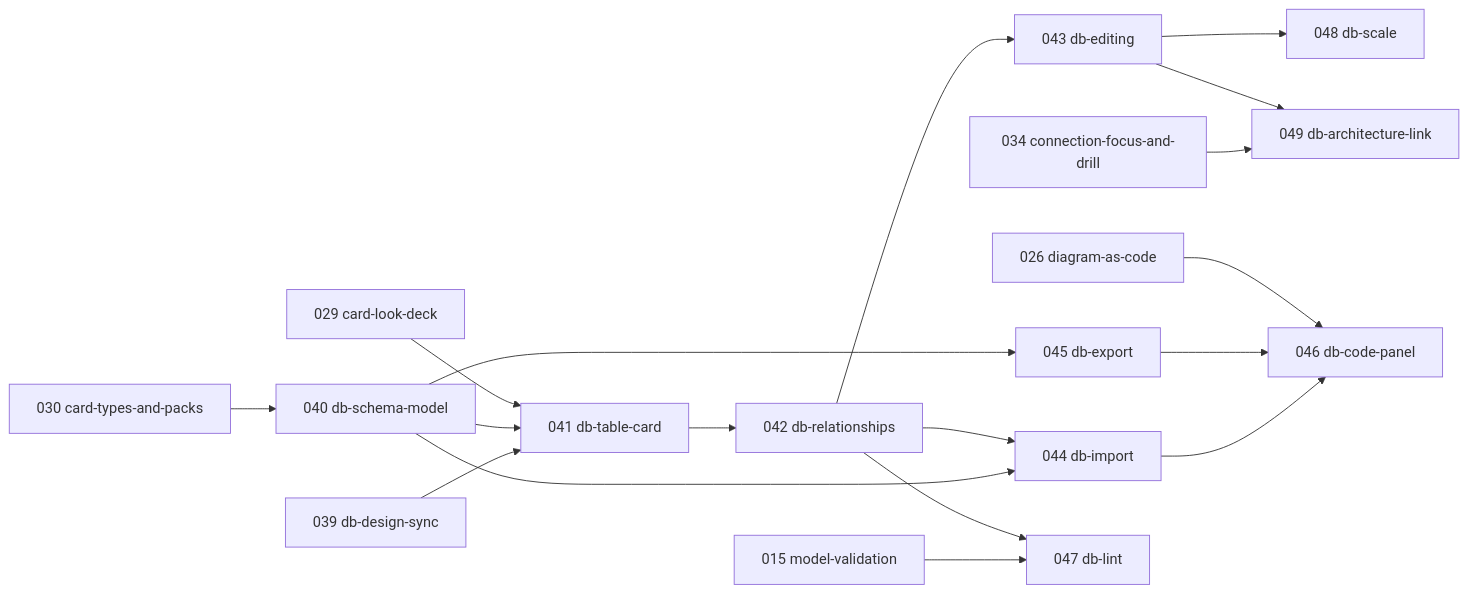
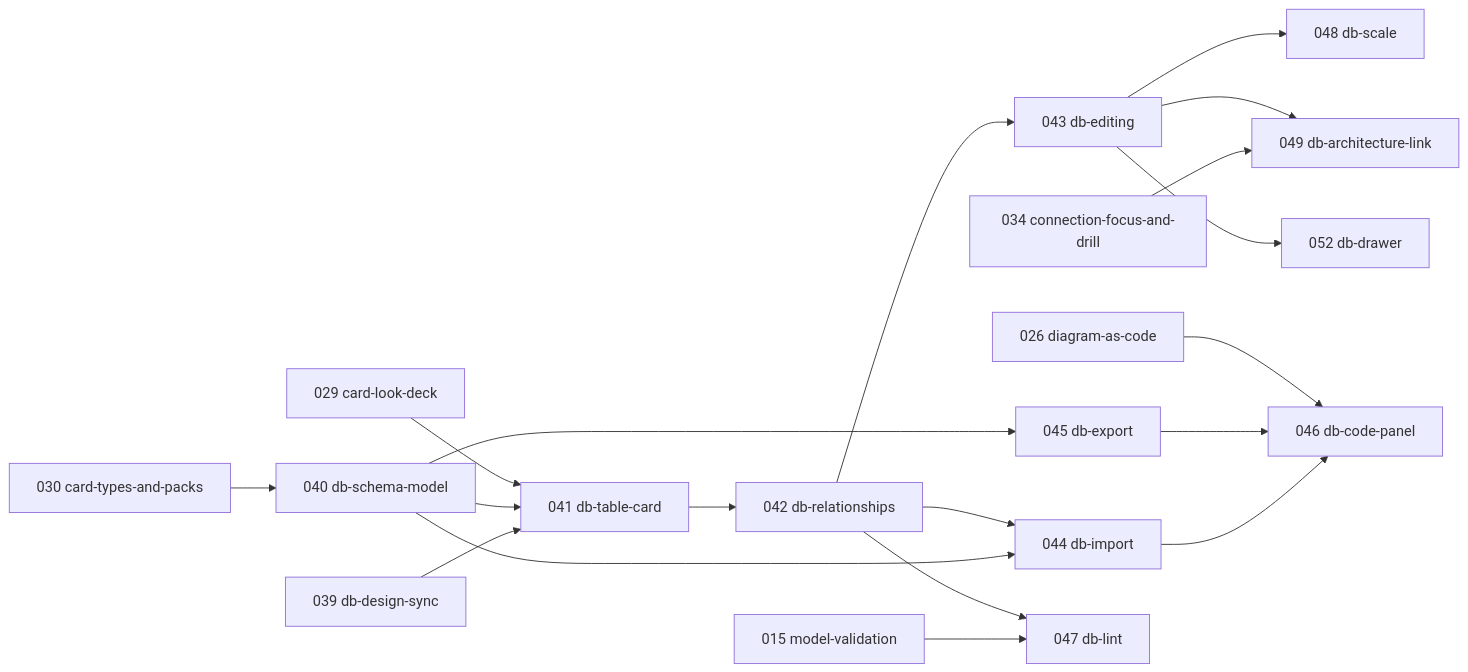
Before and after one commit to FamManh/sododeck: the diagram in docs/backlog-database.md, drawn with Mermaid. The commit also changed other lines of this file and 100 other files, not shown here.

First line of the commit message:
feat: schema editing on the canvas (043) (#92)

````diff
--- a/docs/backlog-database.md
+++ b/docs/backlog-database.md
@@ -129,34 +129,36 @@
 ```mermaid
 flowchart LR
   F030[030 card-types-and-packs]
   F029[029 card-look-deck]
   F015[015 model-validation]
   F026[026 diagram-as-code]
   F034[034 connection-focus-and-drill]
   F039[039 db-design-sync]
   F040[040 db-schema-model]
   F041[041 db-table-card]
   F042[042 db-relationships]
   F043[043 db-editing]
+  F052[052 db-drawer]
   F044[044 db-import]
   F045[045 db-export]
   F046[046 db-code-panel]
   F047[047 db-lint]
   F048[048 db-scale]
   F049[049 db-architecture-link]
 
   F039 --> F041
   F030 --> F040 --> F041 --> F042 --> F043
   F029 --> F041
   F040 --> F044
   F040 --> F045
   F042 --> F044
   F044 --> F046
   F045 --> F046
   F026 --> F046
   F015 --> F047
   F042 --> F047
   F043 --> F048
+  F043 --> F052
   F034 --> F049
   F043 --> F049
 ```
````
